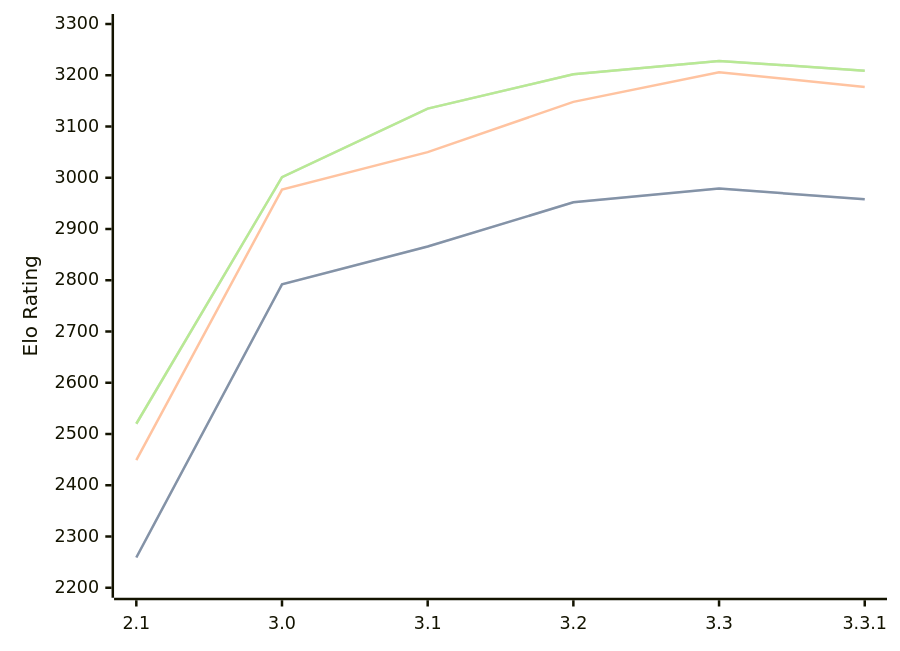
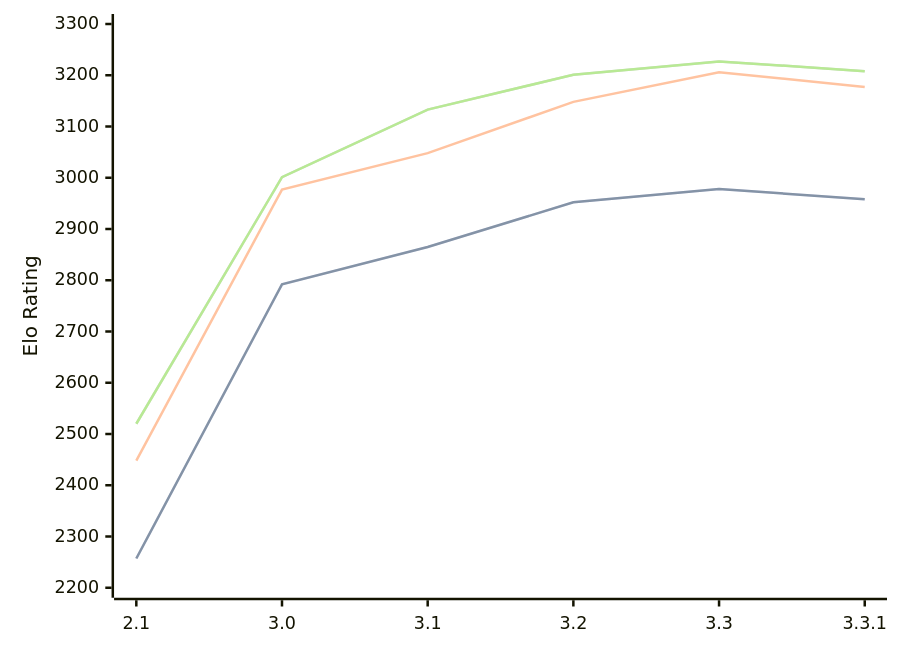
The diagram in engines/Petrel.md (computer-chess-index/cci), drawn with Mermaid before and after one commit. The commit also changed other lines of this file, not shown here.

Commit message:
Update CCI Ratings (ELO VLTC) - 2026-04-17

````diff
--- a/engines/Petrel.md
+++ b/engines/Petrel.md
@@ -45,11 +45,11 @@
 ```mermaid
 %%{init: {"theme":"base","themeVariables":{"seriesColors:['#a3a3a3','#222221','#faa371']}}}%%
 xychart-beta
   x-axis ["2.1", "3.0", "3.1", "3.2", "3.3", "3.3.1"]
   y-axis "Elo Rating" 2200 --> 3300
-  line "STC (8.0+0.08s)" [2259, 2792, 2866, 2952, 2979, 2958]
-  line "STC (8.0+0.08s)" [2259, 2792, 2866, 2952, 2979, 2958]
-  line "LTC (60.0+0.60s)" [2449, 2977, 3050, 3148, 3206, 3177]
-  line "VLTC (2m24s+1.12s)" [2520, 3001, 3135, 3202, 3228, 3209]
-  line "VLTC (2m24s+1.12s)" [2520, 3001, 3135, 3202, 3228, 3209]
+  line "STC (8.0+0.08s)" [2257, 2792, 2865, 2952, 2978, 2958]
+  line "STC (8.0+0.08s)" [2257, 2792, 2865, 2952, 2978, 2958]
+  line "LTC (60.0+0.60s)" [2448, 2977, 3048, 3148, 3206, 3177]
+  line "VLTC (2m24s+1.12s)" [2520, 3001, 3133, 3201, 3227, 3208]
+  line "VLTC (2m24s+1.12s)" [2520, 3001, 3133, 3201, 3227, 3208]
 ```
````
